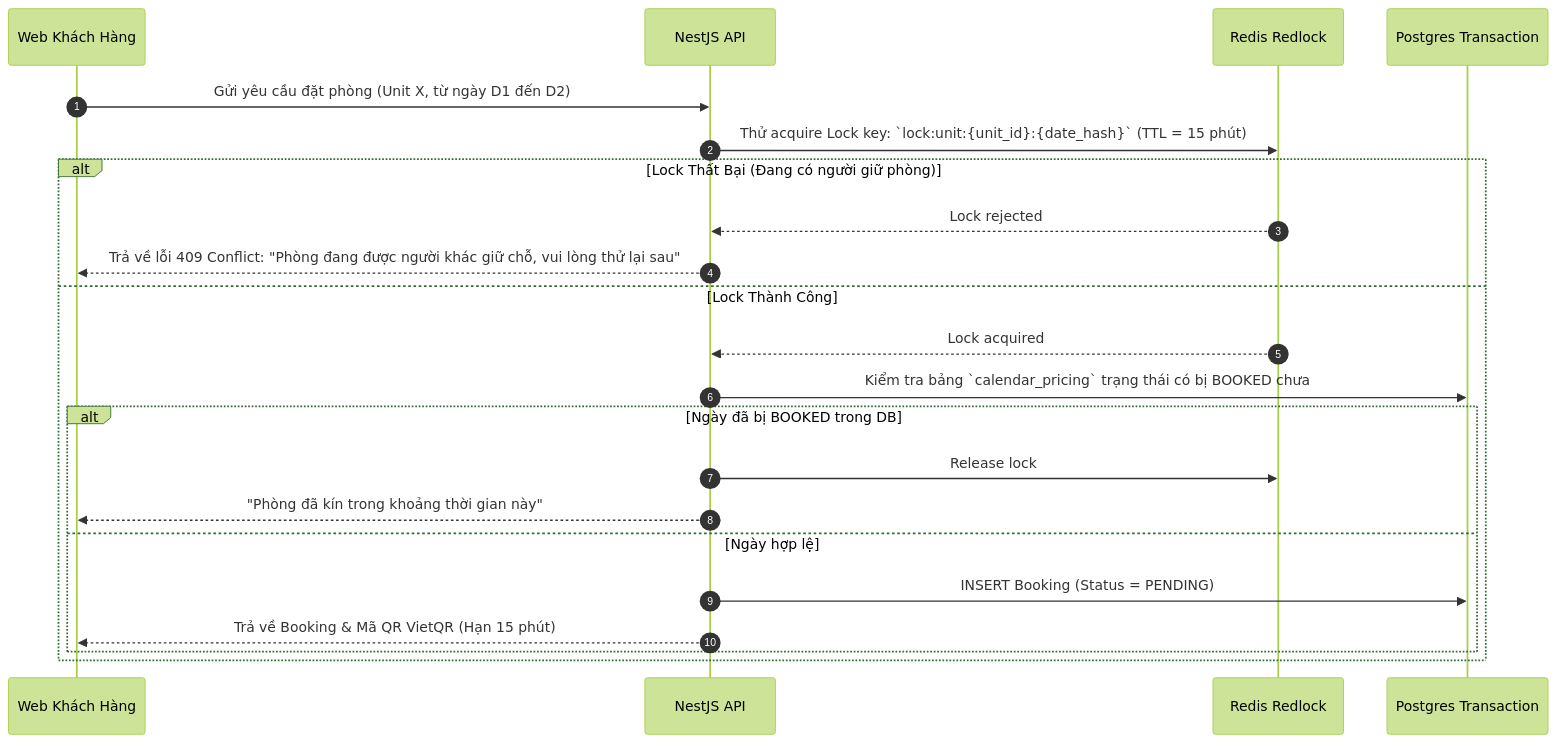
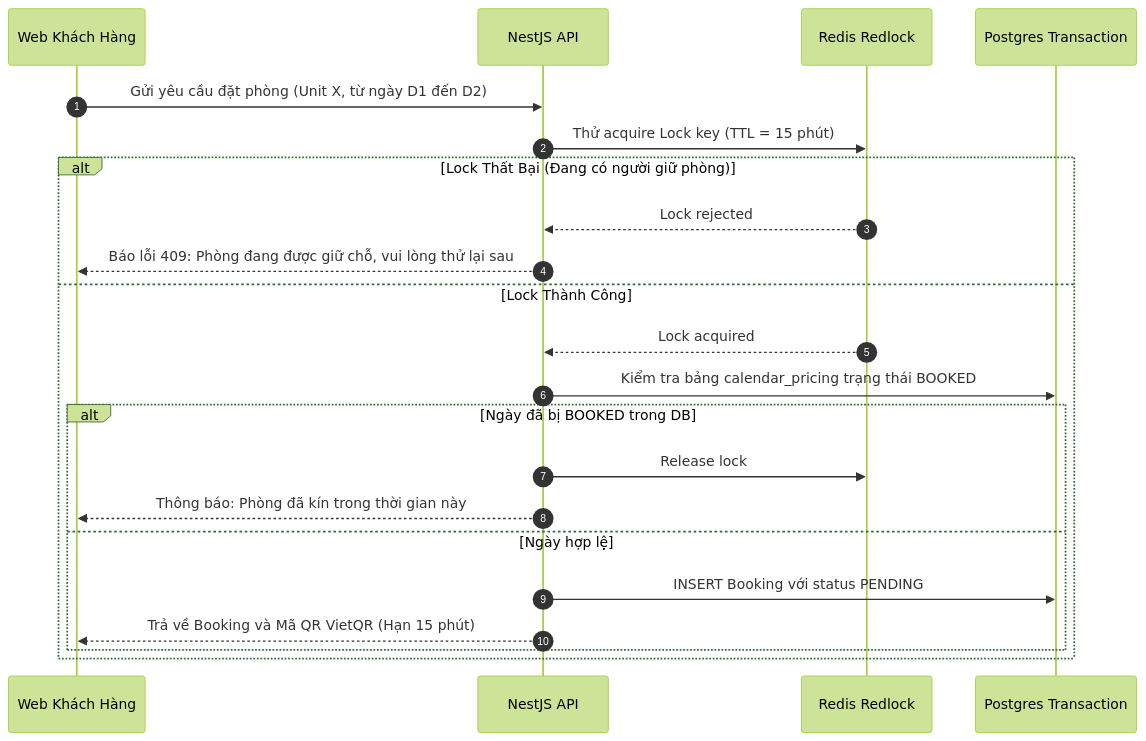
One commit to Romfff/trotot changed the third of 3 diagrams in 02_SYSTEM_ARCHITECTURE_DATABASE.md. Above: the diagram before and after it, drawn with Mermaid (forest theme). The commit also changed other lines of this file and 6 other files, not shown here.

Commit message:
fix(docs): sua loi cu phap mermaid diagram tuong thich 100% voi github render

````diff
--- a/02_SYSTEM_ARCHITECTURE_DATABASE.md
+++ b/02_SYSTEM_ARCHITECTURE_DATABASE.md
@@ -363,25 +363,25 @@
 ```mermaid
 sequenceDiagram
     autonumber
     participant Client as Web Khách Hàng
     participant Server as NestJS API
     participant Redis as Redis Redlock
     participant DB as Postgres Transaction
 
     Client->>Server: Gửi yêu cầu đặt phòng (Unit X, từ ngày D1 đến D2)
-    Server->>Redis: Thử acquire Lock key: `lock:unit:{unit_id}:{date_hash}` (TTL = 15 phút)
+    Server->>Redis: Thử acquire Lock key (TTL = 15 phút)
     alt Lock Thất Bại (Đang có người giữ phòng)
         Redis-->>Server: Lock rejected
-        Server-->>Client: Trả về lỗi 409 Conflict: "Phòng đang được người khác giữ chỗ, vui lòng thử lại sau"
+        Server-->>Client: Báo lỗi 409: Phòng đang được giữ chỗ, vui lòng thử lại sau
     else Lock Thành Công
         Redis-->>Server: Lock acquired
-        Server->>DB: Kiểm tra bảng `calendar_pricing` trạng thái có bị BOOKED chưa
+        Server->>DB: Kiểm tra bảng calendar_pricing trạng thái BOOKED
         alt Ngày đã bị BOOKED trong DB
             Server->>Redis: Release lock
-            Server-->>Client: "Phòng đã kín trong khoảng thời gian này"
+            Server-->>Client: Thông báo: Phòng đã kín trong thời gian này
         else Ngày hợp lệ
-            Server->>DB: INSERT Booking (Status = PENDING)
-            Server-->>Client: Trả về Booking & Mã QR VietQR (Hạn 15 phút)
+            Server->>DB: INSERT Booking với status PENDING
+            Server-->>Client: Trả về Booking và Mã QR VietQR (Hạn 15 phút)
         end
     end
 ```
````
